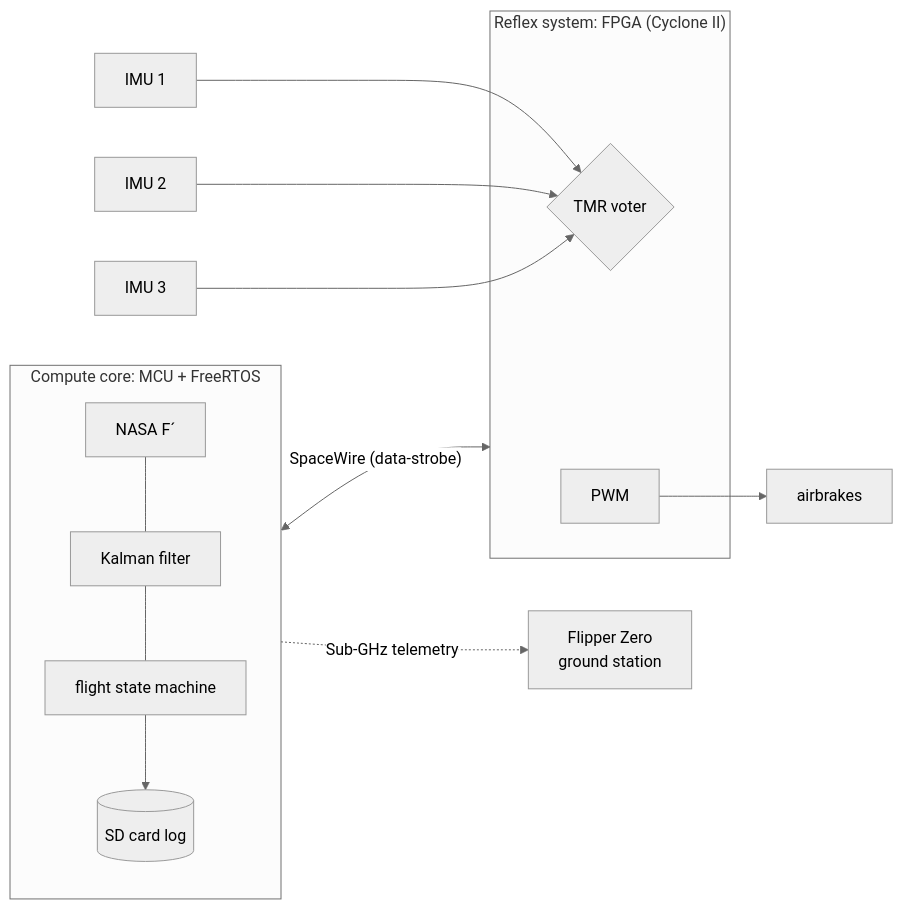
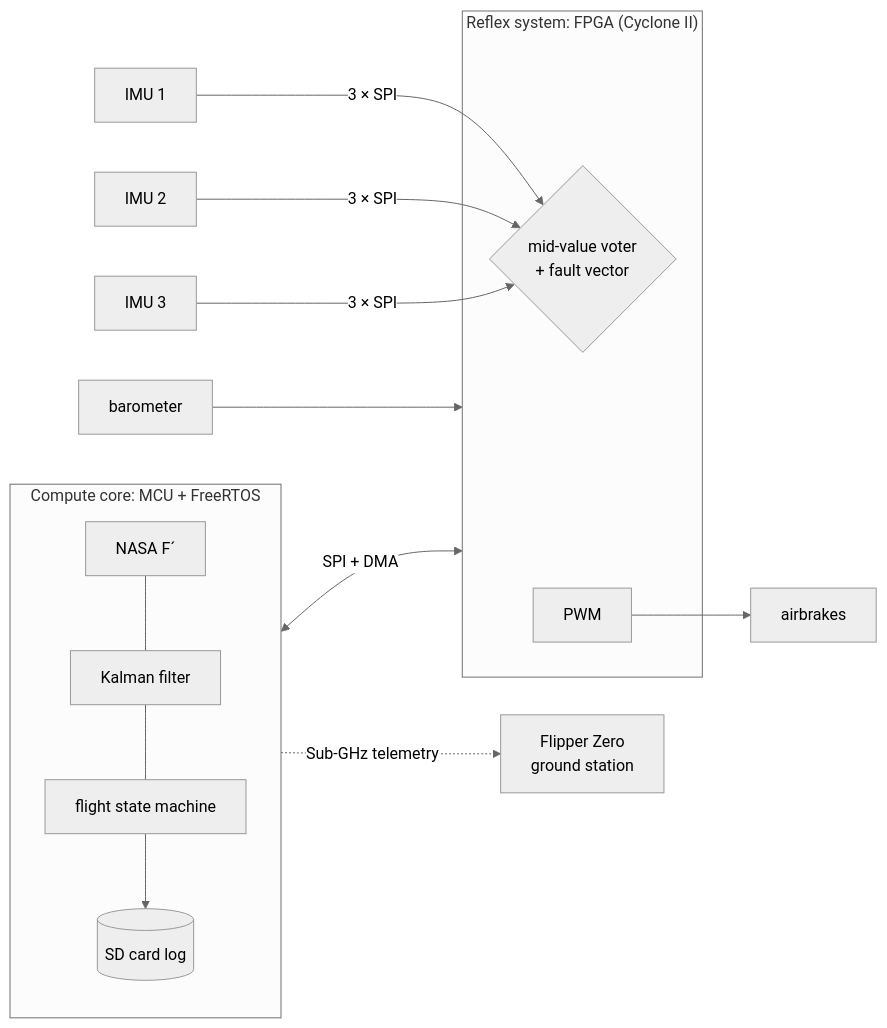
The first of 3 diagrams in README.md (spaceadler/EAGLE), drawn with Mermaid (neutral theme) before and after one commit. The commit also changed other lines of this file and 6 other files, not shown here.

First line of the commit message:
docs: restructure around sensor TMR with an SPI link; benchmark becomes optional

````diff
--- a/README.md
+++ b/README.md
@@ -15,16 +15,17 @@
 ```mermaid
 flowchart LR
     subgraph brain["Compute core: MCU + FreeRTOS"]
         fp["NASA F´"] --- kf["Kalman filter"] --- sm["flight state machine"]
         sd[("SD card log")]
         sm --> sd
     end
     subgraph reflex["Reflex system: FPGA (Cyclone II)"]
-        tmr{"TMR voter"}
+        tmr{"mid-value voter<br/>+ fault vector"}
         pwm["PWM"]
     end
-    imu1[IMU 1] & imu2[IMU 2] & imu3[IMU 3] --> tmr
-    brain <-->|"SpaceWire (data-strobe)"| reflex
+    imu1[IMU 1] & imu2[IMU 2] & imu3[IMU 3] -->|"3 × SPI"| tmr
+    baro[barometer] --> reflex
+    brain <-->|"SPI + DMA"| reflex
     pwm --> brakes["airbrakes"]
     brain -.->|"Sub-GHz telemetry"| gs["Flipper Zero<br/>ground station"]
 ```
````
